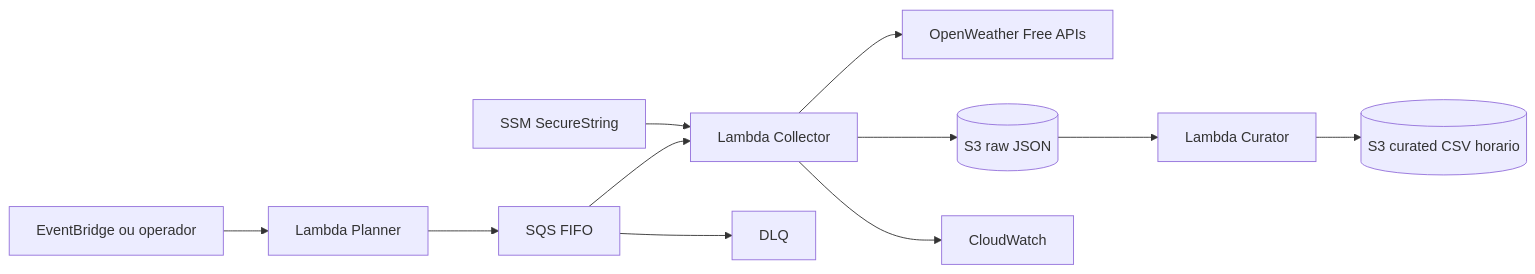
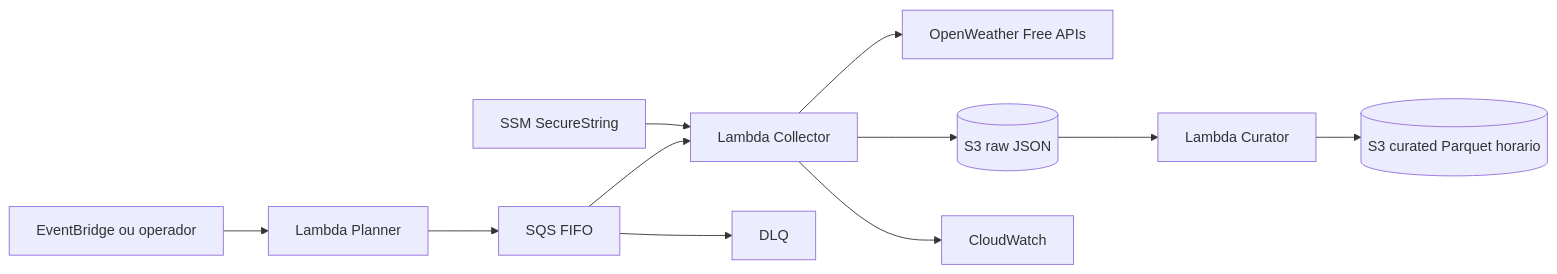
The diagram in README.md (italofelipe01/weather-data-pipeline), drawn with Mermaid before and after one commit. The commit also changed other lines of this file and 10 other files, not shown here.

Commit message:
feat: write hourly curated data as parquet

````diff
--- a/README.md
+++ b/README.md
@@ -9,13 +9,13 @@
 ```mermaid
 flowchart LR
   E[EventBridge ou operador] --> P[Lambda Planner]
   P --> Q[SQS FIFO]
   Q --> C[Lambda Collector]
   Q --> D[DLQ]
   K[SSM SecureString] --> C
   C --> O[OpenWeather Free APIs]
   C --> S[(S3 raw JSON)]
   S --> U[Lambda Curator]
-  U --> T[(S3 curated CSV horario)]
+  U --> T[(S3 curated Parquet horario)]
   C --> L[CloudWatch]
 ```
````
